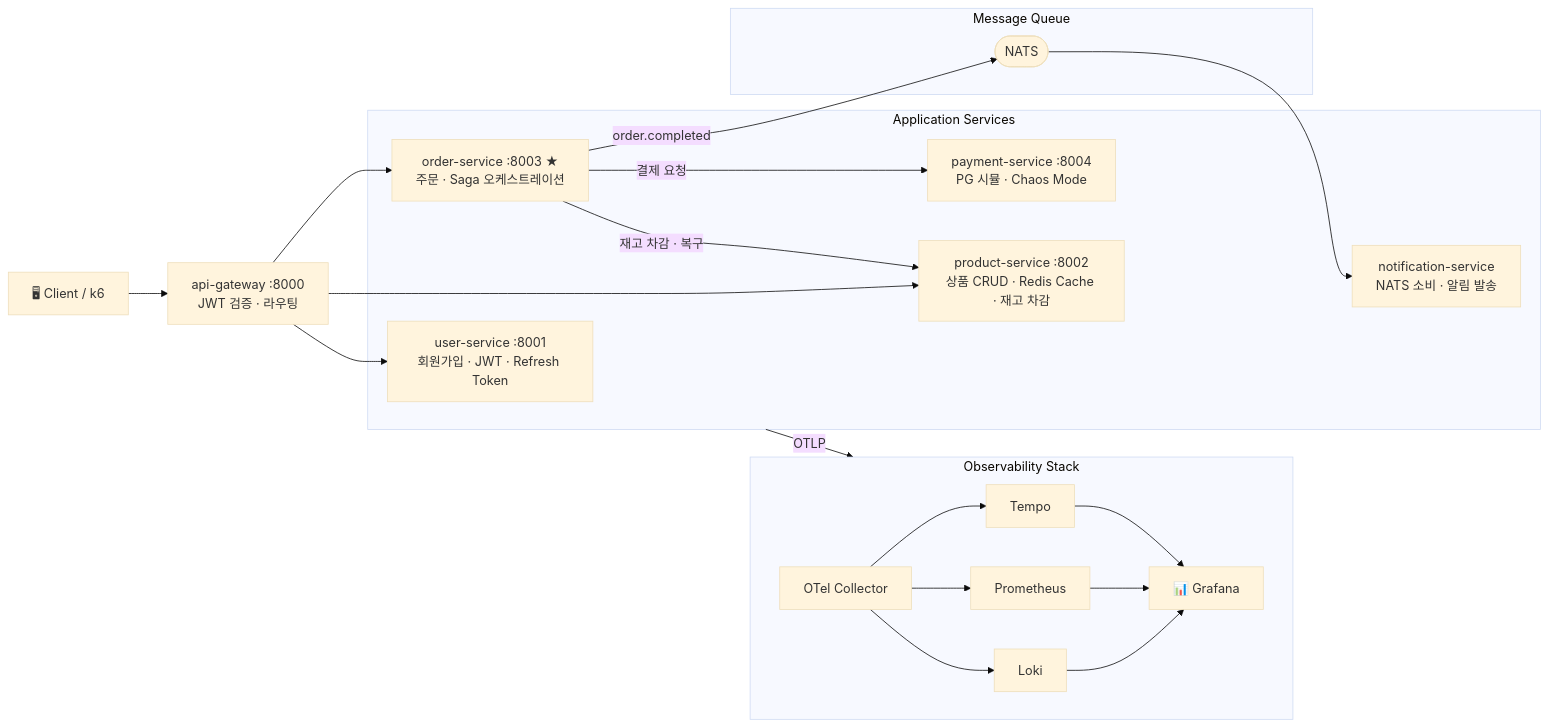
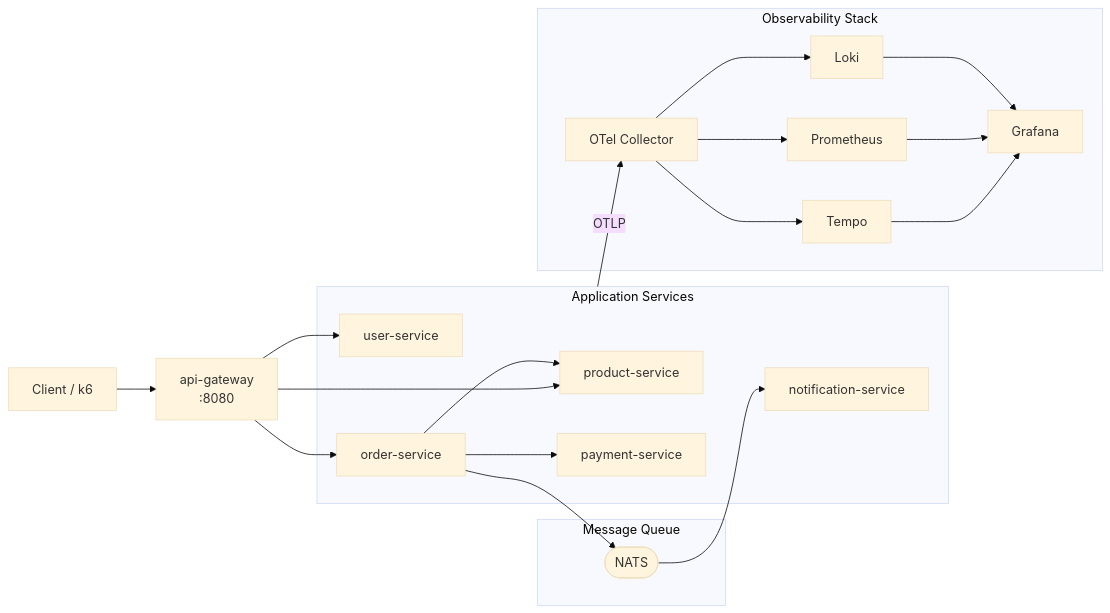
Before and after one commit to Hwara/micro-mart: the diagram in README.md, drawn with Mermaid (base theme). The commit also changed other lines of this file, not shown here.

````diff
--- a/README.md
+++ b/README.md
@@ -42,38 +21,35 @@
 ```mermaid
 flowchart LR
-    K6["🖥 Client / k6"]
-    GW["api-gateway :8000\nJWT 검증 · 라우팅"]
+    K6["Client / k6"]
+    GW["api-gateway\n:8080"]
 
     subgraph SERVICES["Application Services"]
-        US["user-service :8001\n회원가입 · JWT · Refresh Token"]
-        PS["product-service :8002\n상품 CRUD · Redis Cache · 재고 차감"]
-        OS["order-service :8003 ★\n주문 · Saga 오케스트레이션"]
-        PAY["payment-service :8004\nPG 시뮬 · Chaos Mode"]
-        NS["notification-service\nNATS 소비 · 알림 발송"]
+        US["user-service"]
+        PS["product-service"]
+        OS["order-service"]
+        PAY["payment-service"]
+        NS["notification-service"]
     end
 
     subgraph MQ["Message Queue"]
         NATS(["NATS"])
     end
 
     subgraph OBS["Observability Stack"]
-        direction LR
         OTEL["OTel Collector"]
         TEMPO["Tempo"]
         PROM["Prometheus"]
         LOKI["Loki"]
-        GRAF["📊 Grafana"]
+        GRAF["Grafana"]
     end
 
     K6 --> GW
     GW --> US & PS & OS
-
-    OS -->|재고 차감 · 복구| PS
-    OS -->|결제 요청| PAY
-    OS -->|order.completed| NATS
+    OS --> PS
+    OS --> PAY
+    OS --> NATS
     NATS --> NS
-
     SERVICES -- OTLP --> OTEL
     OTEL --> TEMPO & PROM & LOKI
     TEMPO & PROM & LOKI --> GRAF
 ```
````
